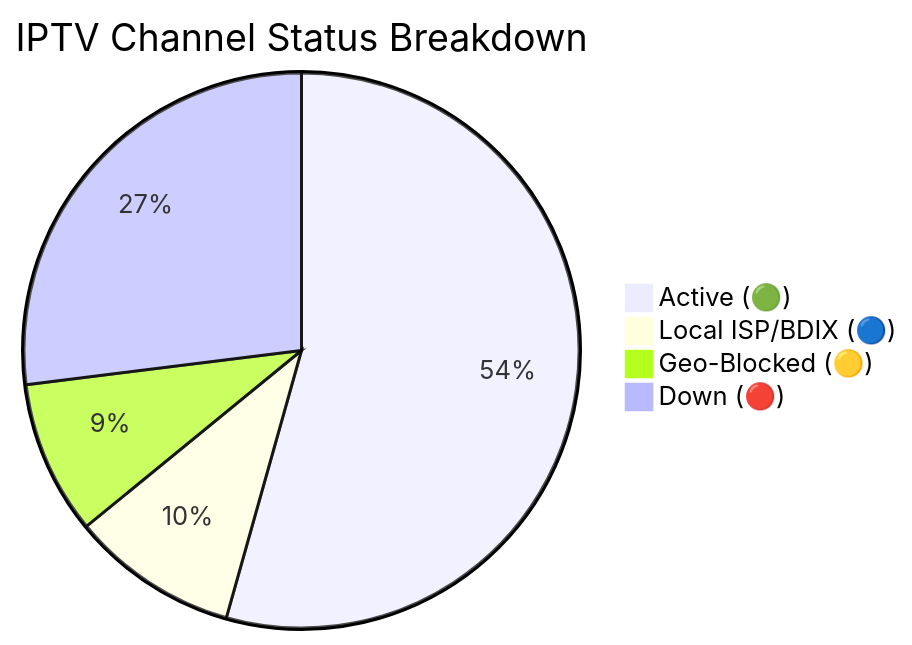
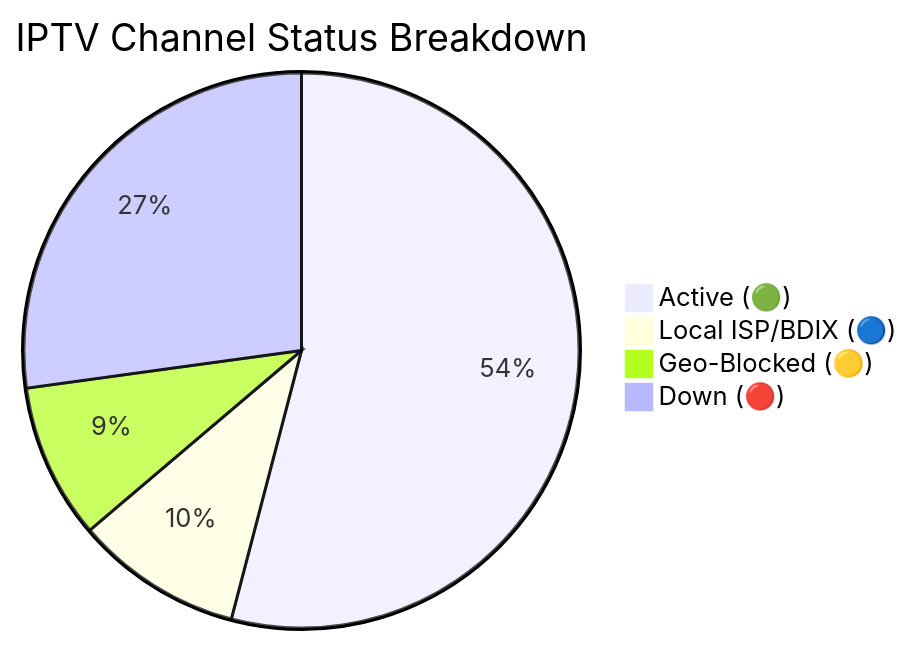
The diagram in README.md (f6388600-ai/Web), drawn with Mermaid before and after one commit. The commit also changed other lines of this file and 6 other files, not shown here.

````diff
--- a/README.md
+++ b/README.md
@@ -149,7 +149,7 @@
 ```mermaid
 pie title IPTV Channel Status Breakdown
-    "Active (🟢)" : 9682
-    "Local ISP/BDIX (🔵)" : 1733
-    "Geo-Blocked (🟡)" : 1592
-    "Down (🔴)" : 4803
+    "Active (🟢)" : 9654
+    "Local ISP/BDIX (🔵)" : 1738
+    "Geo-Blocked (🟡)" : 1613
+    "Down (🔴)" : 4851
 ```
````
